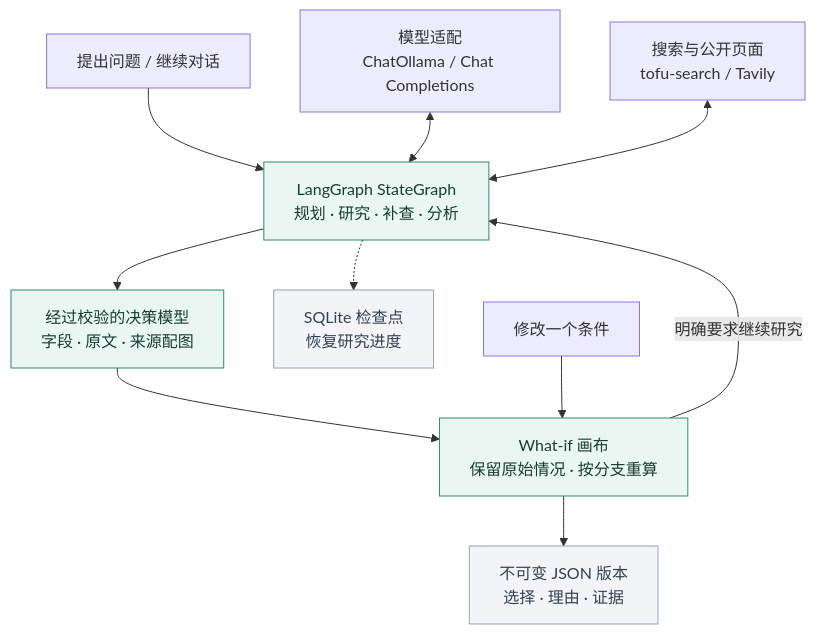
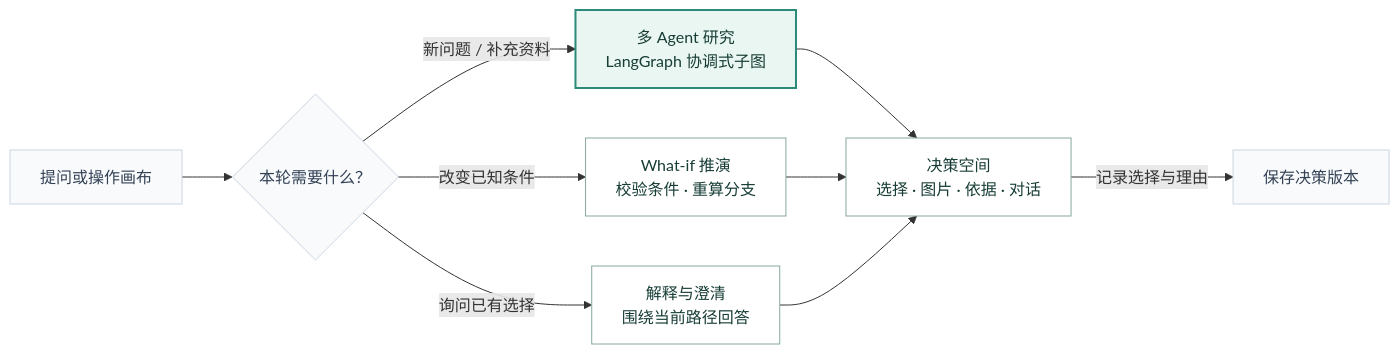
Before and after one commit to mianwtt/prism: the first of 2 diagrams in README.md, drawn with Mermaid. The commit also changed other lines of this file and 51 other files, not shown here.

Commit message:
feat: publish specialist agents and refresh bilingual architecture

````diff
--- a/README.md
+++ b/README.md
@@ -99,16 +119,17 @@
 ```mermaid
-flowchart TB
-  Question["提出问题 / 继续对话"] --> Agent["LangGraph StateGraph<br/>规划 · 研究 · 补查 · 分析"]
-  Model["模型适配<br/>ChatOllama / Chat Completions"] <--> Agent
-  Tools["搜索与公开页面<br/>tofu-search / Tavily"] <--> Agent
-  Agent --> Evidence["经过校验的决策模型<br/>字段 · 原文 · 来源配图"]
-  Agent -.-> Checkpoints["SQLite 检查点<br/>恢复研究进度"]
-  Evidence --> Canvas["What-if 画布<br/>保留原始情况 · 按分支重算"]
-  Conditions["修改一个条件"] --> Canvas
-  Canvas --> Memory["不可变 JSON 版本<br/>选择 · 理由 · 证据"]
-  Canvas -->|明确要求继续研究| Agent
-  classDef agent fill:#eaf6f1,stroke:#2b8a78,color:#173d36;
-  classDef store fill:#f2f4f8,stroke:#94a3b8,color:#334155;
-  class Agent,Evidence,Canvas agent;
-  class Checkpoints,Memory store;
+flowchart LR
+  Input["提问或操作画布"] --> Route{"本轮需要什么？"}
+  Route -->|新问题 / 补充资料| Research["多 Agent 研究<br/>LangGraph 协调式子图"]
+  Route -->|改变已知条件| Recalculate["What-if 推演<br/>校验条件 · 重算分支"]
+  Route -->|询问已有选择| Explain["解释与澄清<br/>围绕当前路径回答"]
+  Research --> Space["决策空间<br/>选择 · 图片 · 依据 · 对话"]
+  Recalculate --> Space
+  Explain --> Space
+  Space -->|记录选择与理由| Record["保存决策版本"]
+  classDef neutral fill:#f8fafc,stroke:#cbd5e1,color:#334155;
+  classDef research fill:#eaf6f1,stroke:#2b8a78,color:#173d36,stroke-width:2px;
+  classDef work fill:#ffffff,stroke:#86a99c,color:#173d36;
+  class Input,Route,Record neutral;
+  class Research research;
+  class Recalculate,Explain,Space work;
 ```
````
